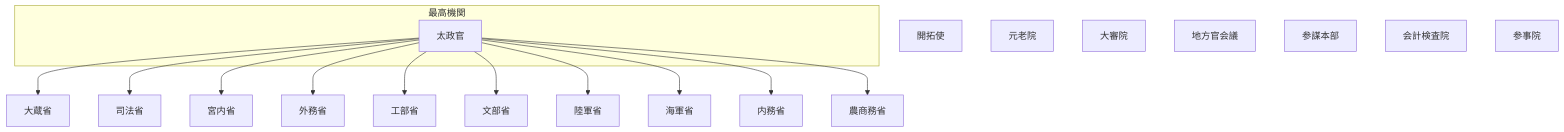
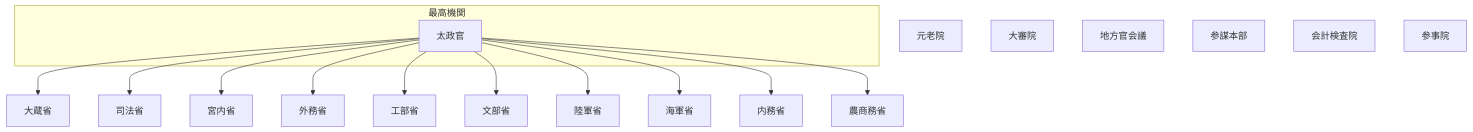
The diagram in README.md (tatemaru/jp-admin-org-chart), drawn with Mermaid before and after one commit. The commit also changed other lines of this file, not shown here.

First line of the commit message:
feat(開拓使): 開拓使を廃止

````diff
--- a/README.md
+++ b/README.md
@@ -9,33 +9,32 @@
 ```mermaid
 flowchart TB
   subgraph top["最高機関"]
     Dajokan["太政官"]
   end
   Okura["大蔵省"]
   Dajokan --> Okura
   Shiho["司法省"]
   Dajokan --> Shiho
   Kunai["宮内省"]
   Dajokan --> Kunai
   Gaimu["外務省"]
   Dajokan --> Gaimu
   Kobu["工部省"]
   Dajokan --> Kobu
   Mombu["文部省"]
   Dajokan --> Mombu
   Rikugun["陸軍省"]
   Dajokan --> Rikugun
   Kaigun["海軍省"]
   Dajokan --> Kaigun
   Naimu["内務省"]
   Dajokan --> Naimu
   Nosho["農商務省"]
   Dajokan --> Nosho
-  Kaitaku["開拓使"]
   Genro["元老院"]
   Daishin["大審院"]
   Chiho["地方官会議"]
   Sanbo["参謀本部"]
   Audit["会計検査院"]
   Sanji["参事院"]
 ```
````
